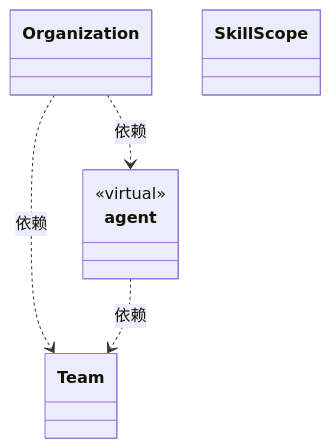
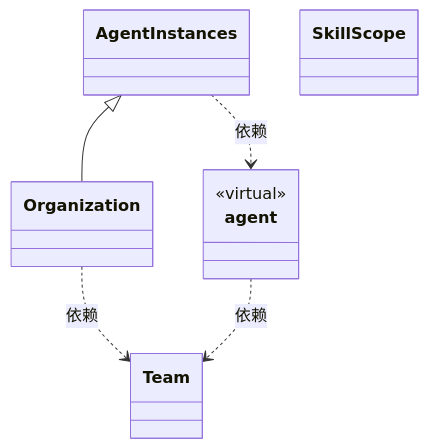
One commit to nan023062/cbim changed the diagram in src/framework/cability/ARCHITECTURE.md. Above: the diagram before and after it, drawn with Mermaid. The commit also changed other lines of this file and 30 other files, not shown here.

````diff
--- a/src/framework/cability/ARCHITECTURE.md
+++ b/src/framework/cability/ARCHITECTURE.md
@@ -25,16 +26,19 @@
 ```mermaid
 classDiagram
 class N_1e7eb579ff71["agent"] {
   <<virtual>>
 }
 click N_1e7eb579ff71 href "agent/ARCHITECTURE.md"
+class N_269cef7e7730["AgentInstances"]
+click N_269cef7e7730 href "organization.ts"
+class N_1aa95976a21f["Team"]
+click N_1aa95976a21f href "team.ts"
 class N_2abf3b515e27["Organization"]
 click N_2abf3b515e27 href "organization.ts"
-class N_1aa95976a21f["Team"]
-click N_1aa95976a21f href "team.ts"
 class N_47d5ae9a1a34["SkillScope"]
 click N_47d5ae9a1a34 href "skills.ts"
+N_269cef7e7730 ..> N_1e7eb579ff71 : 依赖
+N_269cef7e7730 <|-- N_2abf3b515e27
 N_2abf3b515e27 ..> N_1aa95976a21f : 依赖
-N_2abf3b515e27 ..> N_1e7eb579ff71 : 依赖
 N_1e7eb579ff71 ..> N_1aa95976a21f : 依赖
 ```
````
